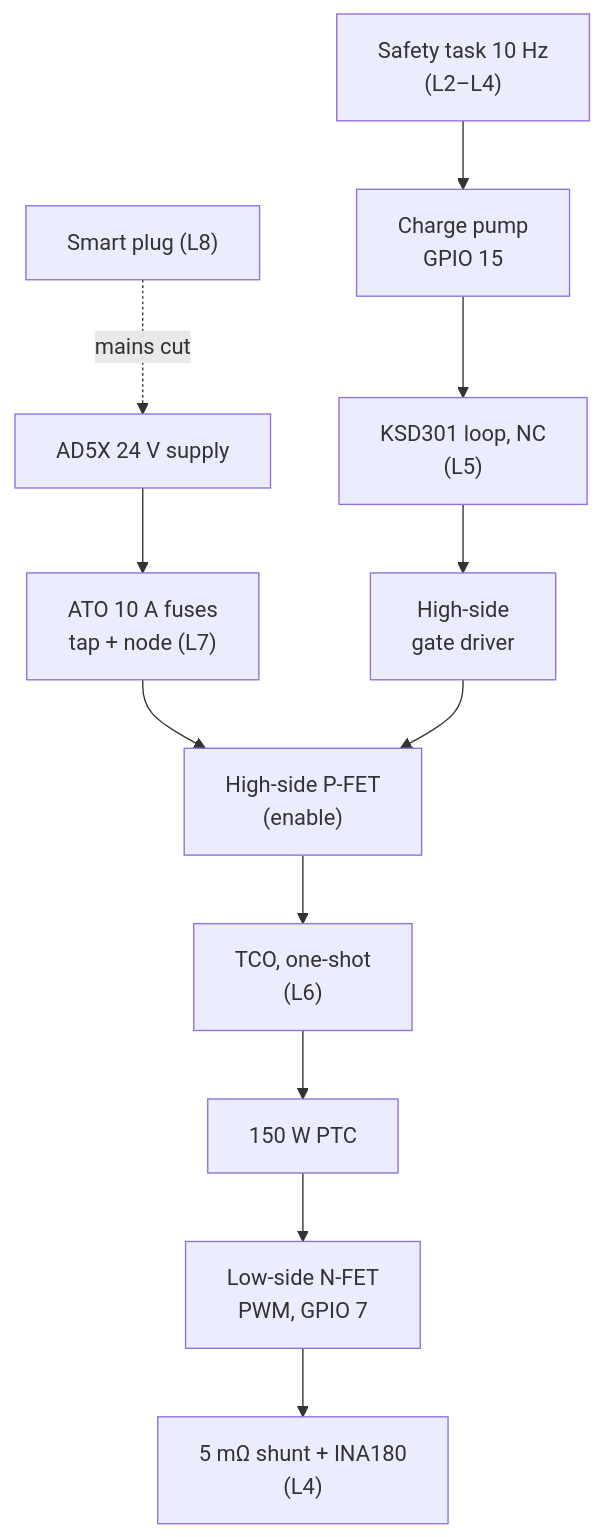
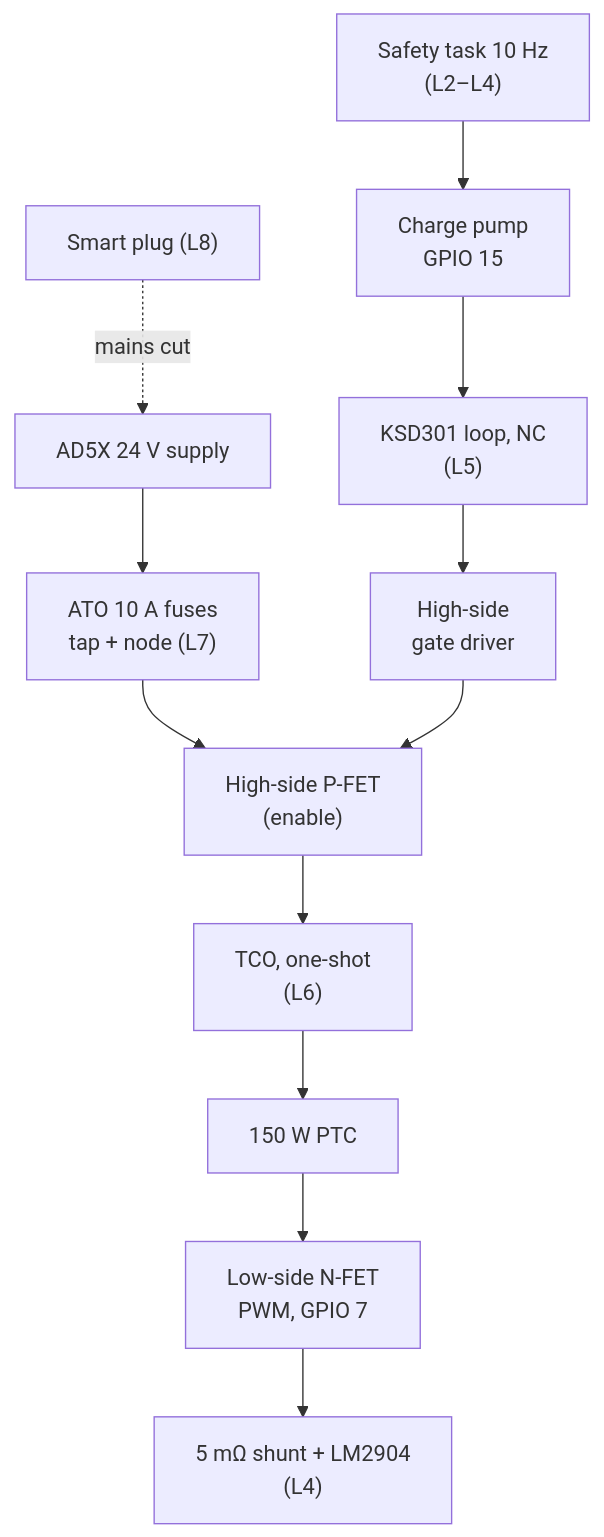
One commit to BashfulBits/3dp-fleet-exhaust changed the first of 5 diagrams in docs/05_safety_and_failsafes.md. Above: the diagram before and after it, drawn with Mermaid. The commit also changed other lines of this file and 6 other files, not shown here.

````diff
--- a/docs/05_safety_and_failsafes.md
+++ b/docs/05_safety_and_failsafes.md
@@ -48,14 +48,14 @@
 ```mermaid
 flowchart TB
   PLUG["Smart plug (L8)"] -.->|"mains cut"| PSU["AD5X 24 V supply"]
   PSU --> F["ATO 10 A fuses<br>tap + node (L7)"]
   F --> HS["High-side P-FET<br>(enable)"]
   HS --> TCO["TCO, one-shot<br>(L6)"]
   TCO --> PTC["150 W PTC"]
   PTC --> LS["Low-side N-FET<br>PWM, GPIO 7"]
-  LS --> SH["5 mΩ shunt + INA180<br>(L4)"]
+  LS --> SH["5 mΩ shunt + LM2904<br>(L4)"]
   ST["Safety task 10 Hz<br>(L2–L4)"] --> CP["Charge pump<br>GPIO 15"]
   CP --> KSD["KSD301 loop, NC<br>(L5)"]
   KSD --> GD["High-side<br>gate driver"]
   GD --> HS
 ```
````
